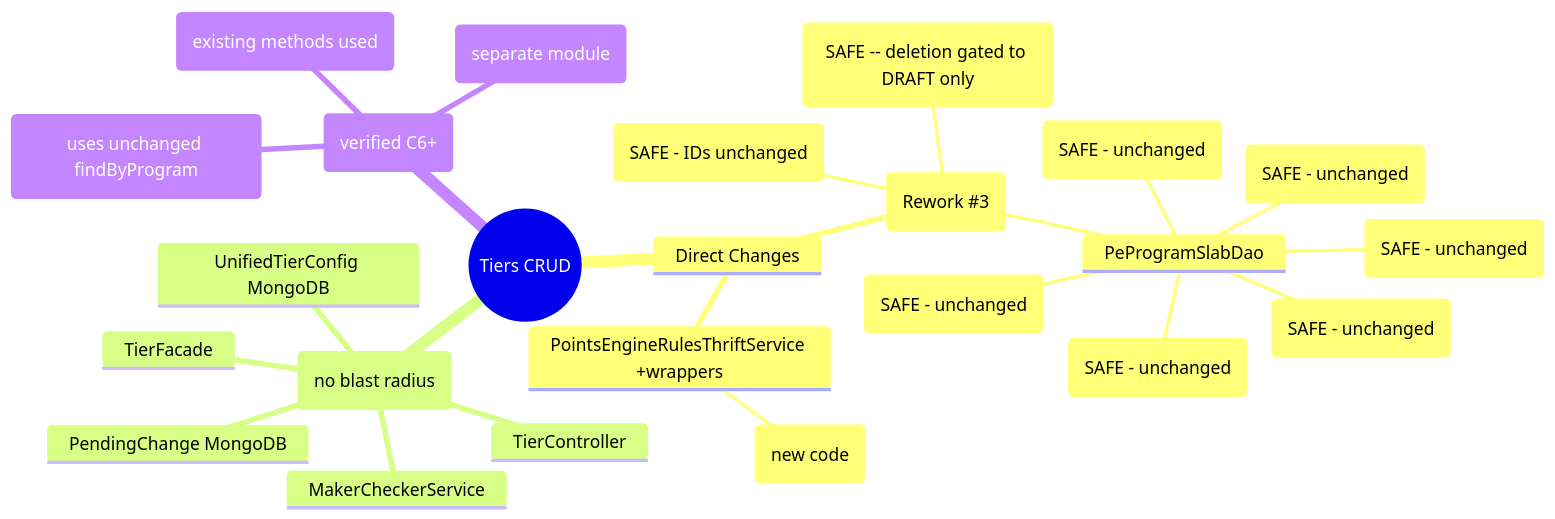
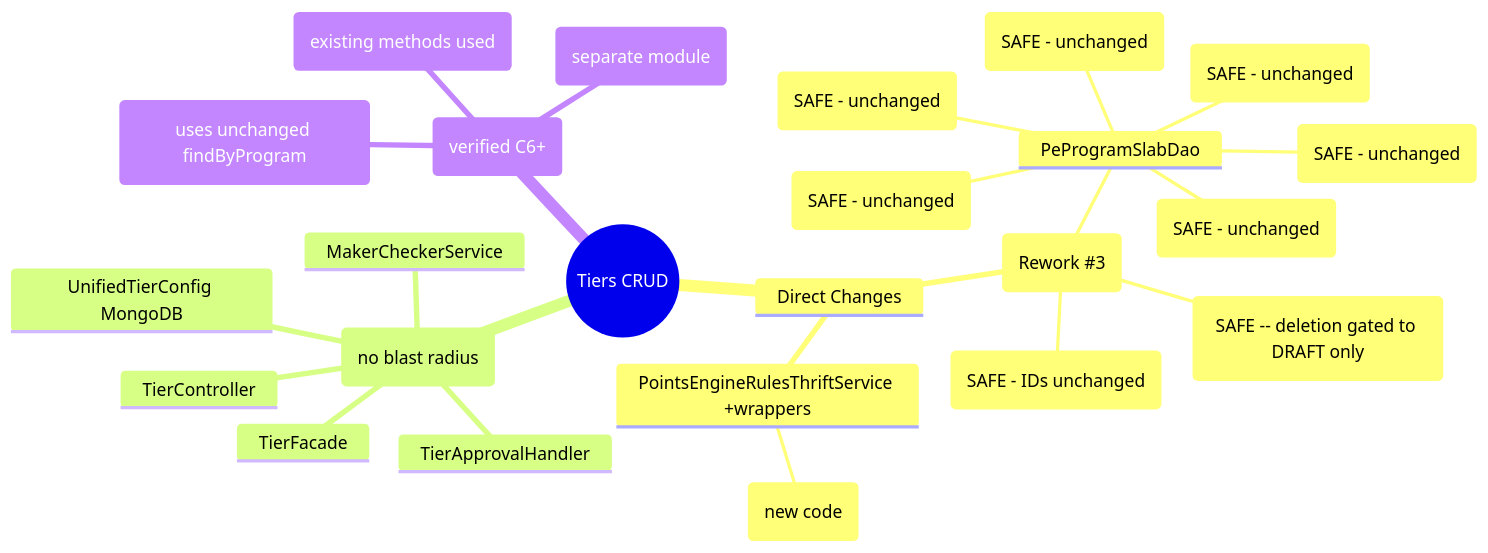
Before and after one commit to BaljeetSinghCapillaryTech/kalpavriksha: the diagram in docs/pipeline/tier/02-analyst.md, drawn with Mermaid. The commit also changed other lines of this file and 24 other files, not shown here.

````diff
--- a/docs/pipeline/tier/02-analyst.md
+++ b/docs/pipeline/tier/02-analyst.md
@@ -44,27 +44,27 @@
 ```mermaid
 mindmap
   root((Tiers CRUD))
     Direct Changes
       ProgramSlab NO CHANGES (Rework #3)
         PeProgramSlabDao
           InfoLookupService (SAFE - unchanged)
           PointsEngineRuleService (SAFE - unchanged)
           PointsReturnService (SAFE - unchanged)
           ProgramCreationService (SAFE - unchanged)
           PointsEngineServiceManager (SAFE - unchanged)
           BulkOrgConfigImportValidator (SAFE - unchanged)
         customer_enrollment FK (SAFE - IDs unchanged)
         PartnerProgramSlab (SAFE -- deletion gated to DRAFT only)
       PointsEngineRulesThriftService +wrappers
-        TierChangeApplier (new code)
+        TierApprovalHandler (new code)
     New Code (no blast radius)
       TierController
       TierFacade
       UnifiedTierConfig MongoDB
       MakerCheckerService
-      PendingChange MongoDB
+      TierApprovalHandler
     Unchanged (verified C6+)
       PEB (uses unchanged findByProgram)
       Thrift IDL (existing methods used)
       UnifiedPromotion (separate module)
 ```
````
